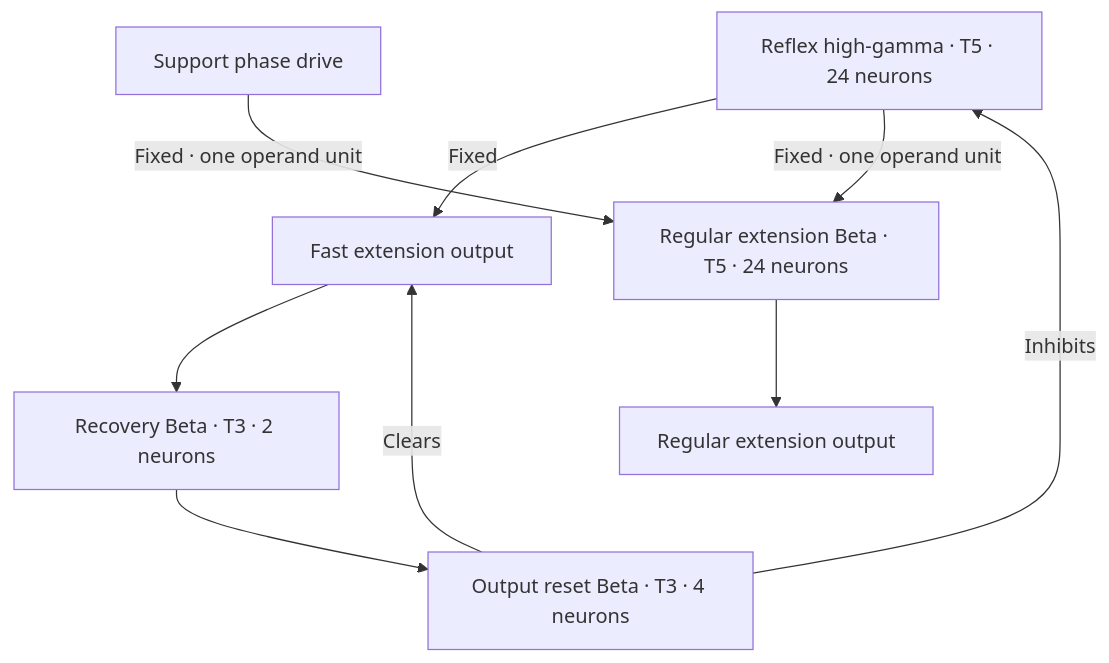
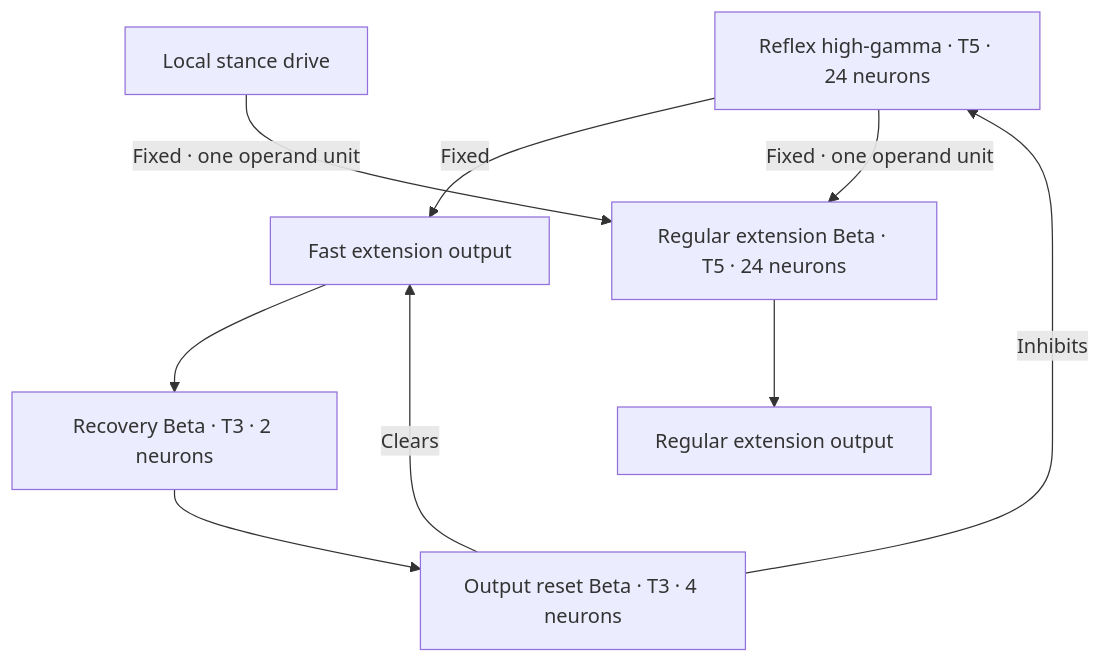
The diagram in docs/REFLEX.md (artificial-brains-inc/primalux-quadruped-walk-neural-loop), drawn with Mermaid before and after one commit. The commit also changed other lines of this file and 41 other files, not shown here.

````diff
--- a/docs/REFLEX.md
+++ b/docs/REFLEX.md
@@ -6,11 +6,11 @@
 ```mermaid
 flowchart TD
   H["Reflex high-gamma · T5 · 24 neurons"] -->|Fixed| F["Fast extension output"]
   H -->|Fixed · one operand unit| B["Regular extension Beta · T5 · 24 neurons"]
-  G["Support phase drive"] -->|Fixed · one operand unit| B
+  G["Local stance drive"] -->|Fixed · one operand unit| B
   B --> O["Regular extension output"]
   F --> C["Recovery Beta · T3 · 2 neurons"]
   C --> R["Output reset Beta · T3 · 4 neurons"]
   R -->|Inhibits| H
   R -->|Clears| F
 ```
````
